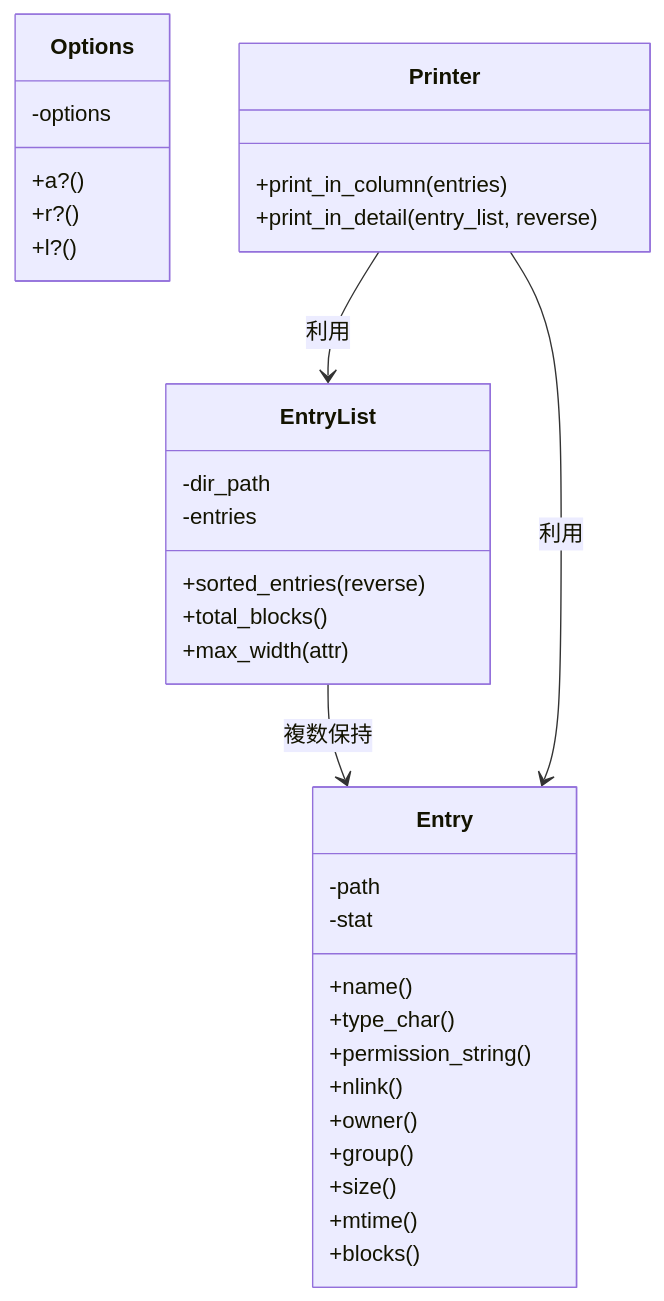
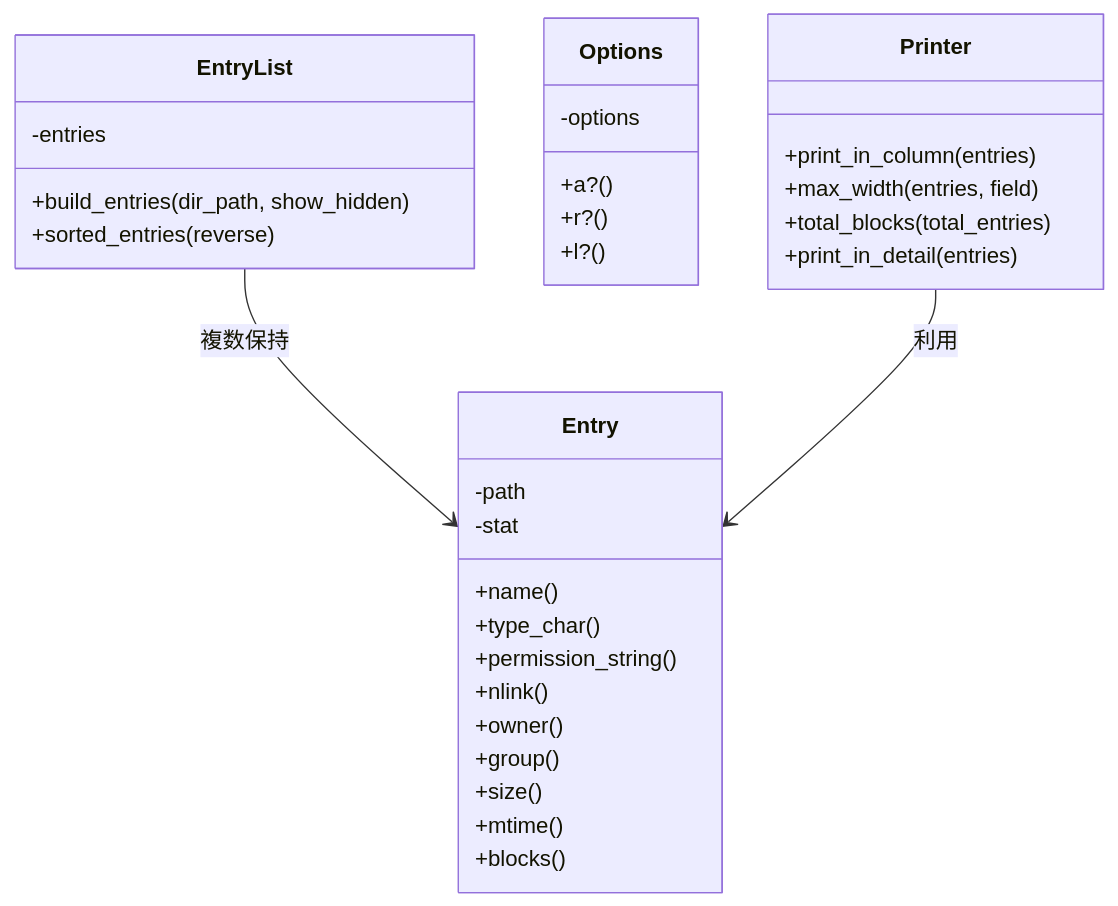
The diagram in 07.ls_object/mermaid.md (oyamairishitomi/ruby-practices), drawn with Mermaid before and after one commit. The commit also changed 1 other file, not shown here.

Commit message:
レビュー指摘を反映: File.statをFile.lstatに変更してシンボリックリンクを正しく判定できるよう修正

````diff
--- a/07.ls_object/mermaid.md
+++ b/07.ls_object/mermaid.md
@@ -1,40 +1,39 @@
 ```mermaid
 classDiagram
   class Entry {
     +name()
     +type_char()
     +permission_string()
     +nlink()
     +owner()
     +group()
     +size()
     +mtime()
     +blocks()
     -path
     -stat
   }
 
   class EntryList {
+    +build_entries(dir_path, show_hidden)
     +sorted_entries(reverse)
-    +total_blocks()
-    +max_width(attr)
-    -dir_path
     -entries
   }
 
   class Options {
     +a?()
     +r?()
     +l?()
     -options
   }
 
   class Printer {
     +print_in_column(entries)
-    +print_in_detail(entry_list, reverse)
+    +max_width(entries, field)
+    +total_blocks(total_entries)
+    +print_in_detail(entries)
   }
 
   EntryList --> Entry : 複数保持
   Printer --> Entry : 利用
-  Printer --> EntryList : 利用
 ```
````
